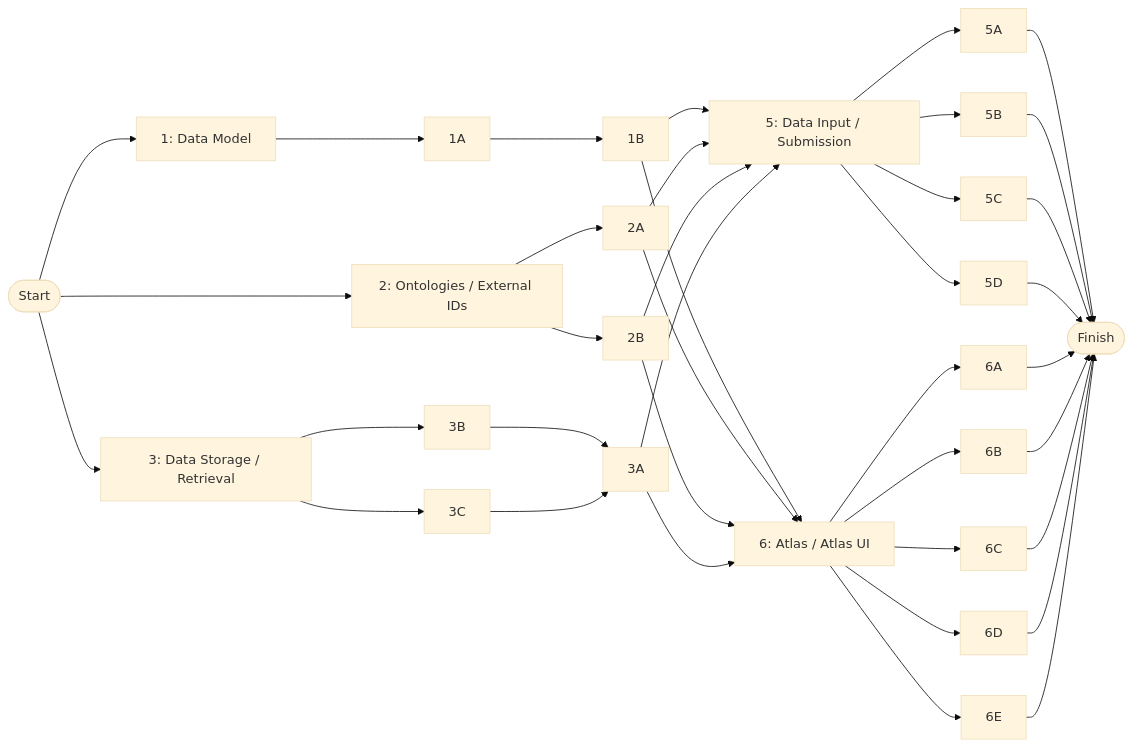
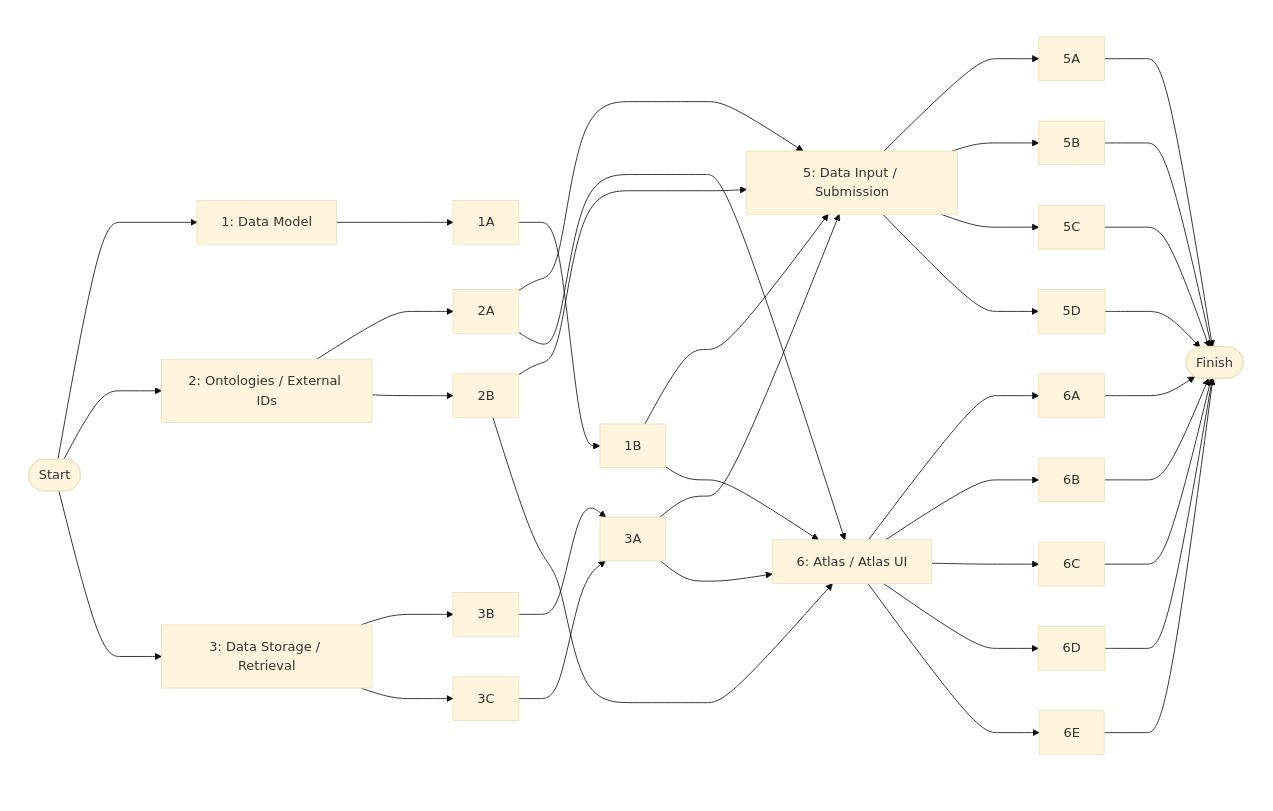
One commit to zappfish/zapp-requirements-tracker changed the ninth of 9 diagrams in README.md. Above: the diagram before and after it, drawn with Mermaid (base theme).

Commit message:
Align network diagram columns using invisible subgraphs

````diff
--- a/README.md
+++ b/README.md
@@ -388,24 +388,60 @@
 ```mermaid
 graph LR
-    Start(["Start"])
+    subgraph col0[" "]
+        Start(["Start"])
+    end
+    subgraph col1[" "]
+        R1["1: Data Model"]
+        R2["2: Ontologies / External IDs"]
+        R3["3: Data Storage / Retrieval"]
+    end
+    subgraph col2[" "]
+        R1A["1A"]
+        R2A["2A"]
+        R2B["2B"]
+        R3B["3B"]
+        R3C["3C"]
+    end
+    subgraph col3[" "]
+        R1B["1B"]
+        R3A["3A"]
+    end
+    subgraph col4[" "]
+        R5["5: Data Input / Submission"]
+        R6["6: Atlas / Atlas UI"]
+    end
+    subgraph col5[" "]
+        R5A["5A"]
+        R5B["5B"]
+        R5C["5C"]
+        R5D["5D"]
+        R6A["6A"]
+        R6B["6B"]
+        R6C["6C"]
+        R6D["6D"]
+        R6E["6E"]
+    end
+    subgraph col6[" "]
+        Finish(["Finish"])
+    end
 
-    Start --> R1["1: Data Model"]
-    Start --> R2["2: Ontologies / External IDs"]
-    Start --> R3["3: Data Storage / Retrieval"]
+    Start --> R1
+    Start --> R2
+    Start --> R3
 
-    R1 --> R1A["1A"]
-    R1A --> R1B["1B"]
+    R1 --> R1A
+    R1A --> R1B
 
-    R2 --> R2A["2A"]
-    R2 --> R2B["2B"]
+    R2 --> R2A
+    R2 --> R2B
 
-    R3 --> R3B["3B"]
-    R3 --> R3C["3C"]
-    R3B --> R3A["3A"]
+    R3 --> R3B
+    R3 --> R3C
+    R3B --> R3A
     R3C --> R3A
 
-    R1B --> R5["5: Data Input / Submission"]
-    R1B --> R6["6: Atlas / Atlas UI"]
+    R1B --> R5
+    R1B --> R6
     R2A --> R5
     R2A --> R6
     R2B --> R5
@@ -413,18 +449,18 @@
     R3A --> R5
     R3A --> R6
 
-    R5 --> R5A["5A"]
-    R5 --> R5B["5B"]
-    R5 --> R5C["5C"]
-    R5 --> R5D["5D"]
+    R5 --> R5A
+    R5 --> R5B
+    R5 --> R5C
+    R5 --> R5D
 
-    R6 --> R6A["6A"]
-    R6 --> R6B["6B"]
-    R6 --> R6C["6C"]
-    R6 --> R6D["6D"]
-    R6 --> R6E["6E"]
+    R6 --> R6A
+    R6 --> R6B
+    R6 --> R6C
+    R6 --> R6D
+    R6 --> R6E
 
-    R5A --> Finish(["Finish"])
+    R5A --> Finish
     R5B --> Finish
     R5C --> Finish
     R5D --> Finish
@@ -434,6 +470,24 @@
     R6D --> Finish
     R6E --> Finish
 
+    style col0 fill:none,stroke:none
+    style col1 fill:none,stroke:none
+    style col2 fill:none,stroke:none
+    style col3 fill:none,stroke:none
+    style col4 fill:none,stroke:none
+    style col5 fill:none,stroke:none
+    style col6 fill:none,stroke:none
+
+    click R1 href "https://github.com/zappfish/zapp-requirements-tracker/issues/16" _blank
+    click R1A href "https://github.com/zappfish/zapp-requirements-tracker/issues/17" _blank
+    click R1B href "https://github.com/zappfish/zapp-requirements-tracker/issues/26" _blank
+    click R2 href "https://github.com/zappfish/zapp-requirements-tracker/issues/15" _blank
+    click R2A href "https://github.com/zappfish/zapp-requirements-tracker/issues/1" _blank
+    click R2B href "https://github.com/zappfish/zapp-requirements-tracker/issues/6" _blank
+    click R3 href "https://github.com/zappfish/zapp-requirements-tracker/issues/32" _blank
+    click R3A href "https://github.com/zappfish/zapp-requirements-tracker/issues/33" _blank
+    click R3B href "https://github.com/zappfish/zapp-requirements-tracker/issues/36" _blank
+    click R3C href "https://github.com/zappfish/zapp-requirements-tracker/issues/42" _blank
     click R5 href "https://github.com/zappfish/zapp-requirements-tracker/issues/49" _blank
     click R6 href "https://github.com/zappfish/zapp-requirements-tracker/issues/72" _blank
     click R5A href "https://github.com/zappfish/zapp-requirements-tracker/issues/50" _blank
@@ -445,14 +499,4 @@
     click R6C href "https://github.com/zappfish/zapp-requirements-tracker/issues/75" _blank
     click R6D href "https://github.com/zappfish/zapp-requirements-tracker/issues/76" _blank
     click R6E href "https://github.com/zappfish/zapp-requirements-tracker/issues/77" _blank
-    click R1 href "https://github.com/zappfish/zapp-requirements-tracker/issues/16" _blank
-    click R1A href "https://github.com/zappfish/zapp-requirements-tracker/issues/17" _blank
-    click R1B href "https://github.com/zappfish/zapp-requirements-tracker/issues/26" _blank
-    click R2 href "https://github.com/zappfish/zapp-requirements-tracker/issues/15" _blank
-    click R2A href "https://github.com/zappfish/zapp-requirements-tracker/issues/1" _blank
-    click R2B href "https://github.com/zappfish/zapp-requirements-tracker/issues/6" _blank
-    click R3 href "https://github.com/zappfish/zapp-requirements-tracker/issues/32" _blank
-    click R3A href "https://github.com/zappfish/zapp-requirements-tracker/issues/33" _blank
-    click R3B href "https://github.com/zappfish/zapp-requirements-tracker/issues/36" _blank
-    click R3C href "https://github.com/zappfish/zapp-requirements-tracker/issues/42" _blank
 ```
````
